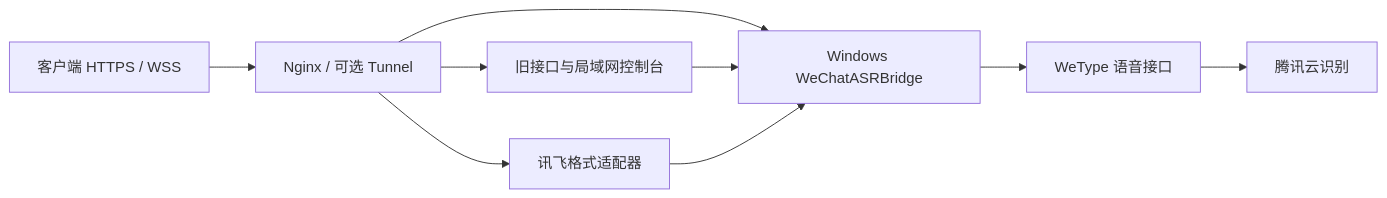
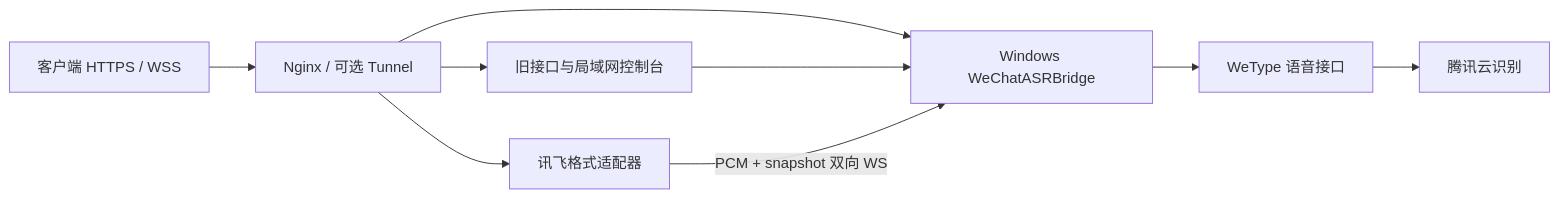
The diagram in README.md (h9647123/wetype-asr-gateway), drawn with Mermaid before and after one commit. The commit also changed other lines of this file and 17 other files, not shown here.

````diff
--- a/README.md
+++ b/README.md
@@ -22,11 +26,11 @@
 ```mermaid
 flowchart LR
     C[客户端 HTTPS / WSS] --> N[Nginx / 可选 Tunnel]
     N --> L[旧接口与局域网控制台]
     N --> I[讯飞格式适配器]
     N --> B[Windows WeChatASRBridge]
     L --> B
-    I --> B
+    I -->|PCM + snapshot 双向 WS| B
     B --> W[WeType 语音接口]
     W --> T[腾讯云识别]
 ```
````
